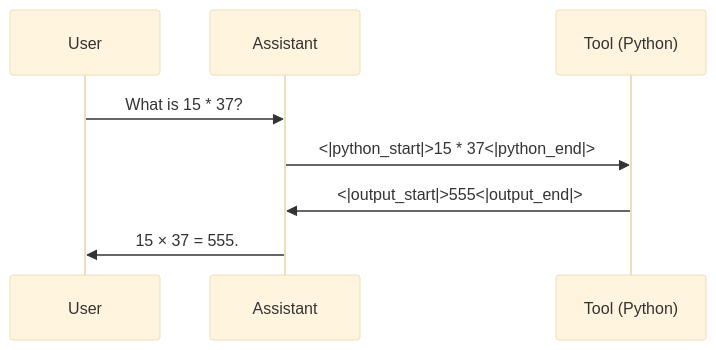
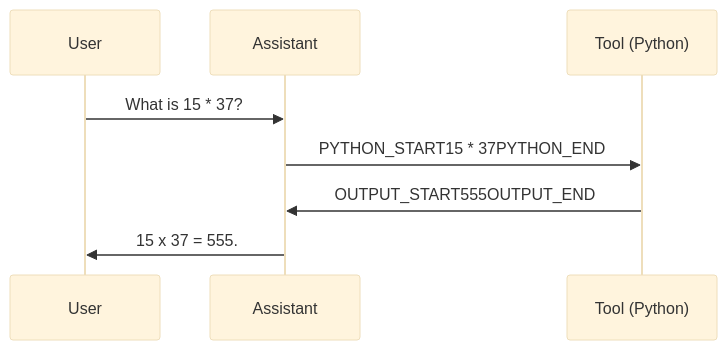
Before and after one commit to meever/nanochat: the fourth of 6 diagrams in learn/03_tokenizer.md, drawn with Mermaid (base theme). The commit also changed other lines of this file and 11 other files, not shown here.

````diff
--- a/learn/03_tokenizer.md
+++ b/learn/03_tokenizer.md
@@ -172,11 +172,11 @@
 ```mermaid
 sequenceDiagram
   participant U as User
   participant A as Assistant
   participant T as Tool (Python)
 
   U->>A: What is 15 * 37?
-  A->>T: <|python_start|>15 * 37<|python_end|>
-  T->>A: <|output_start|>555<|output_end|>
-  A->>U: 15 × 37 = 555.
+  A->>T: PYTHON_START15 * 37PYTHON_END
+  T->>A: OUTPUT_START555OUTPUT_END
+  A->>U: 15 x 37 = 555.
 ```
````
